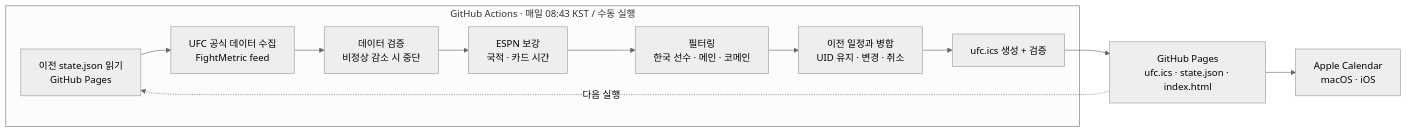
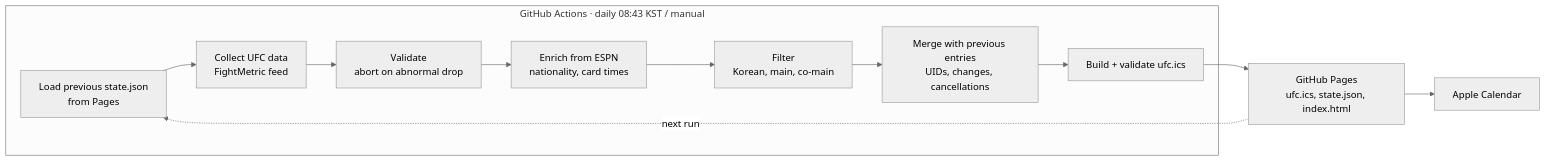
Before and after one commit to Jin-uu/ufc-calendar: the diagram in README.md, drawn with Mermaid (neutral theme). The commit also changed other lines of this file, not shown here.

````diff
--- a/README.md
+++ b/README.md
@@ -25,14 +21,14 @@
 ```mermaid
 flowchart LR
-    subgraph GA[GitHub Actions · 매일 08:43 KST / 수동 실행]
-        A[이전 state.json 읽기<br/>GitHub Pages] --> B[UFC 공식 데이터 수집<br/>FightMetric feed]
-        B --> C[데이터 검증<br/>비정상 감소 시 중단]
-        C --> D[ESPN 보강<br/>국적 · 카드 시간]
-        D --> E[필터링<br/>한국 선수 · 메인 · 코메인]
-        E --> F[이전 일정과 병합<br/>UID 유지 · 변경 · 취소]
-        F --> G[ufc.ics 생성 + 검증]
+    subgraph GA[GitHub Actions · daily 08:43 KST / manual]
+        A[Load previous state.json<br/>from Pages] --> B[Collect UFC data<br/>FightMetric feed]
+        B --> C[Validate<br/>abort on abnormal drop]
+        C --> D[Enrich from ESPN<br/>nationality, card times]
+        D --> E[Filter<br/>Korean, main, co-main]
+        E --> F[Merge with previous entries<br/>UIDs, changes, cancellations]
+        F --> G[Build + validate ufc.ics]
     end
-    G --> H[GitHub Pages<br/>ufc.ics · state.json · index.html]
-    H --> I[Apple Calendar<br/>macOS · iOS]
-    H -. 다음 실행 .-> A
+    G --> H[GitHub Pages<br/>ufc.ics, state.json, index.html]
+    H --> I[Apple Calendar]
+    H -. next run .-> A
 ```
````
